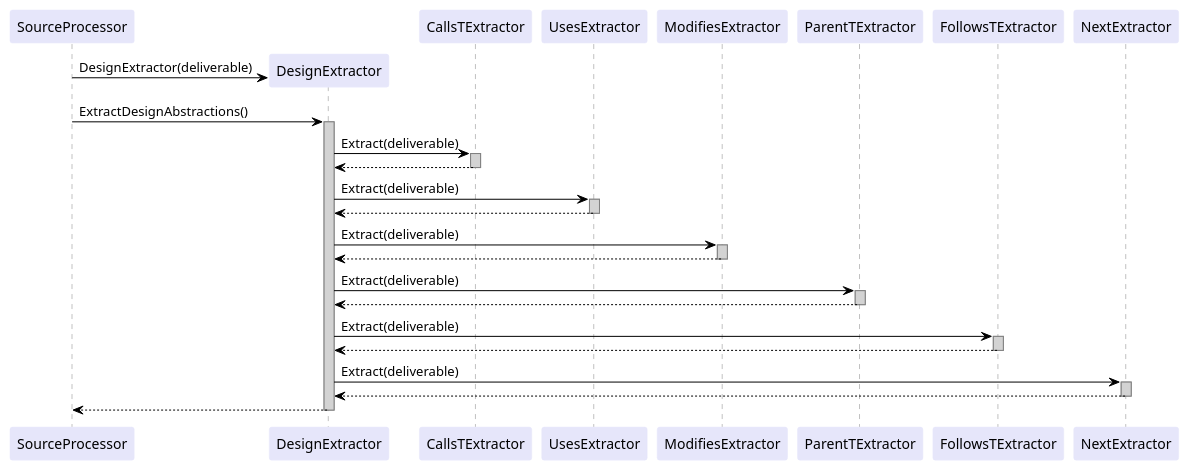
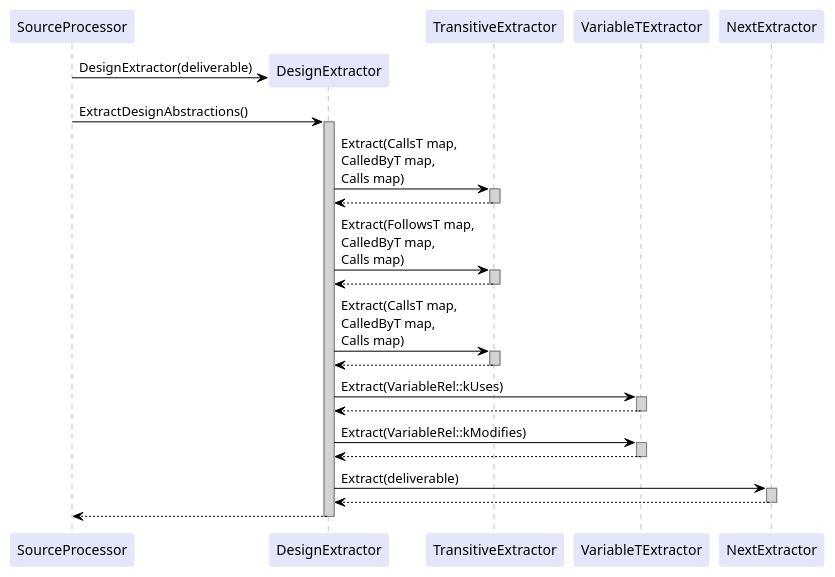
One commit to rtshkmr/CS3203-StaticProgramAnalyzer changed the diagram in docs/sd/DesignExtractorSD.puml. Above: the diagram before and after it, drawn with PlantUML. The commit also changed 5 other files, not shown here.

```diff
--- a/docs/sd/DesignExtractorSD.puml
+++ b/docs/sd/DesignExtractorSD.puml
@@ -1,58 +1,52 @@
 @startuml de
   skinparam shadowing false
   skinparam sequence {
     ArrowColor black
     LifeLineBorderColor grey
     LifeLineBackgroundColor lightgray
     ParticipantBorderColor lavender
     ParticipantBackgroundColor lavender
   }
 
   participant SourceProcessor
   participant DesignExtractor
-  participant CallsTExtractor
-  participant UsesExtractor
-  participant ModifiesExtractor
-  participant ParentTExtractor
-  participant FollowsTExtractor
+  participant TransitiveExtractor
+  participant VariableTExtractor
   participant NextExtractor
 
   create DesignExtractor
   SourceProcessor -> DesignExtractor: DesignExtractor(deliverable)
   SourceProcessor -> DesignExtractor: ExtractDesignAbstractions()
   activate DesignExtractor
 
-  DesignExtractor -> CallsTExtractor: Extract(deliverable)
-  activate CallsTExtractor
-  CallsTExtractor --> DesignExtractor
-  deactivate CallsTExtractor
+  DesignExtractor -> TransitiveExtractor: Extract(CallsT map, \nCalledByT map, \nCalls map)
+  activate TransitiveExtractor
+  TransitiveExtractor --> DesignExtractor
+  deactivate TransitiveExtractor
+  DesignExtractor -> TransitiveExtractor: Extract(FollowsT map, \nCalledByT map, \nCalls map)
+  activate TransitiveExtractor
+  TransitiveExtractor --> DesignExtractor
+  deactivate TransitiveExtractor
+  DesignExtractor -> TransitiveExtractor: Extract(CallsT map, \nCalledByT map, \nCalls map)
+  activate TransitiveExtractor
+  TransitiveExtractor --> DesignExtractor
+  deactivate TransitiveExtractor
 
-  DesignExtractor -> UsesExtractor: Extract(deliverable)
-  activate UsesExtractor
-  UsesExtractor --> DesignExtractor
-  deactivate UsesExtractor
-
-  DesignExtractor -> ModifiesExtractor: Extract(deliverable)
-  activate ModifiesExtractor
-  ModifiesExtractor --> DesignExtractor
-  deactivate ModifiesExtractor
-
-  DesignExtractor -> ParentTExtractor: Extract(deliverable)
-  activate ParentTExtractor
-  ParentTExtractor --> DesignExtractor
-  deactivate ParentTExtractor
-
-  DesignExtractor -> FollowsTExtractor: Extract(deliverable)
-  activate FollowsTExtractor
-  FollowsTExtractor --> DesignExtractor
-  deactivate FollowsTExtractor
+  DesignExtractor -> VariableTExtractor: Extract(VariableRel::kUses)
+  activate VariableTExtractor
+  VariableTExtractor --> DesignExtractor
+  deactivate VariableTExtractor
+  DesignExtractor -> VariableTExtractor: Extract(VariableRel::kModifies)
+  activate VariableTExtractor
+  VariableTExtractor --> DesignExtractor
+  deactivate VariableTExtractor
 
   DesignExtractor -> NextExtractor: Extract(deliverable)
   activate NextExtractor
   NextExtractor --> DesignExtractor
   deactivate NextExtractor
 
   DesignExtractor --> SourceProcessor
   deactivate DesignExtractor
 
 @enduml
```
